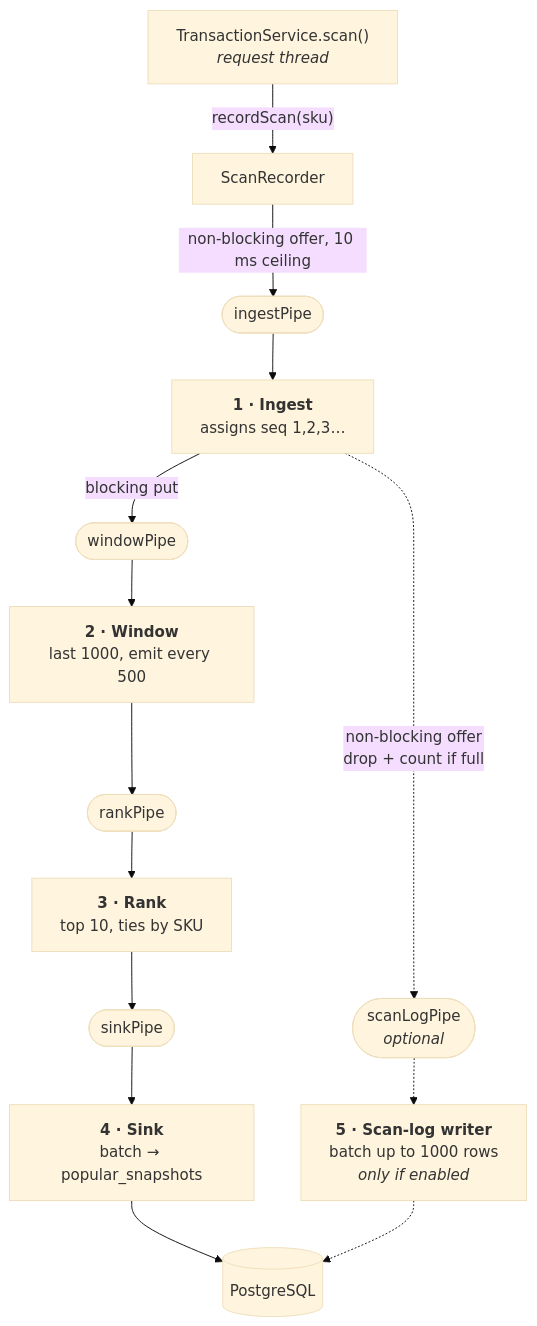
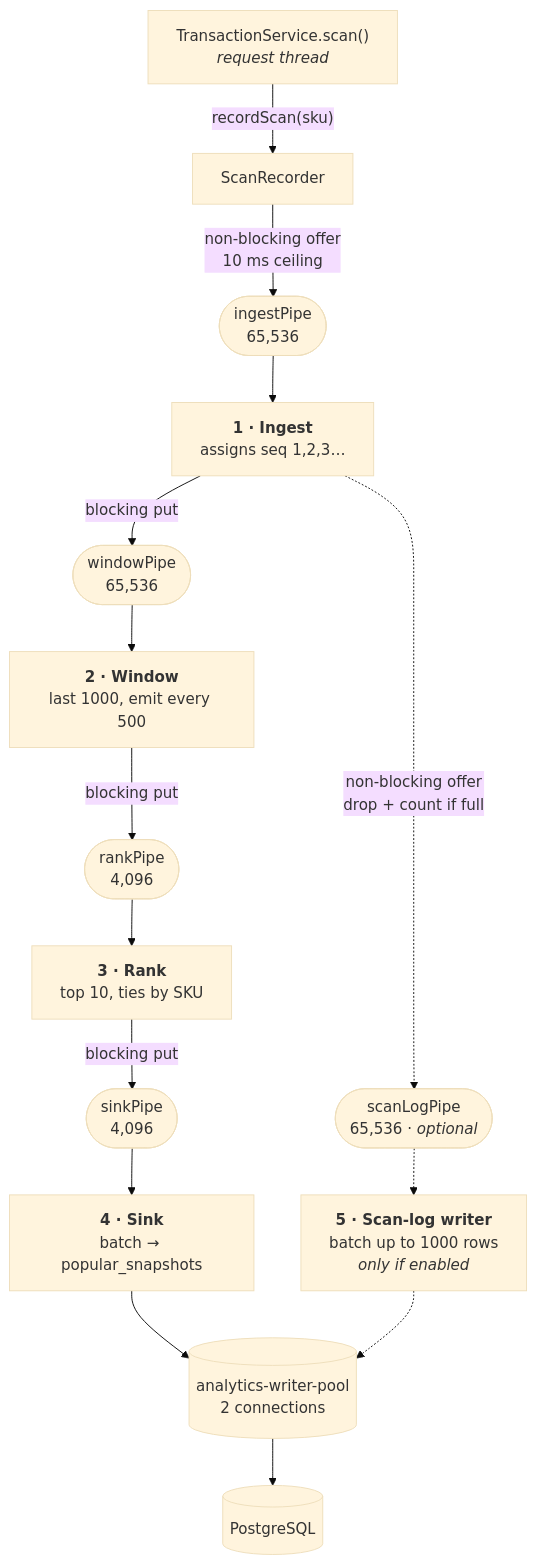
The diagram in PIPELINE.md (Vatsalya2003/self_checkout_system), drawn with Mermaid (base theme) before and after one commit. The commit also changed other lines of this file and 5 other files, not shown here.

````diff
--- a/PIPELINE.md
+++ b/PIPELINE.md
@@ -60,16 +64,17 @@
 ```mermaid
 flowchart TD
     TS["TransactionService.scan()<br/><i>request thread</i>"] -->|"recordScan(sku)"| AC["ScanRecorder"]
-    AC -->|"non-blocking offer, 10 ms ceiling"| P0(["ingestPipe"])
+    AC -->|"non-blocking offer<br/>10 ms ceiling"| P0(["ingestPipe<br/>65,536"])
     P0 --> F1["<b>1 · Ingest</b><br/>assigns seq 1,2,3…"]
-    F1 -->|"blocking put"| P1(["windowPipe"])
-    F1 -.->|"non-blocking offer<br/>drop + count if full"| P2(["scanLogPipe<br/><i>optional</i>"])
+    F1 -->|"blocking put"| P1(["windowPipe<br/>65,536"])
+    F1 -.->|"non-blocking offer<br/>drop + count if full"| P2(["scanLogPipe<br/>65,536 · <i>optional</i>"])
     P1 --> F2["<b>2 · Window</b><br/>last 1000, emit every 500"]
-    F2 --> P3(["rankPipe"])
+    F2 -->|"blocking put"| P3(["rankPipe<br/>4,096"])
     P3 --> F3["<b>3 · Rank</b><br/>top 10, ties by SKU"]
-    F3 --> P4(["sinkPipe"])
+    F3 -->|"blocking put"| P4(["sinkPipe<br/>4,096"])
     P4 --> F4["<b>4 · Sink</b><br/>batch → popular_snapshots"]
     P2 -.-> F5["<b>5 · Scan-log writer</b><br/>batch up to 1000 rows<br/><i>only if enabled</i>"]
-    F4 --> DB[(PostgreSQL)]
-    F5 -.-> DB
+    F4 --> POOL[("analytics-writer-pool<br/>2 connections")]
+    F5 -.-> POOL
+    POOL --> DB[(PostgreSQL)]
 ```
````
